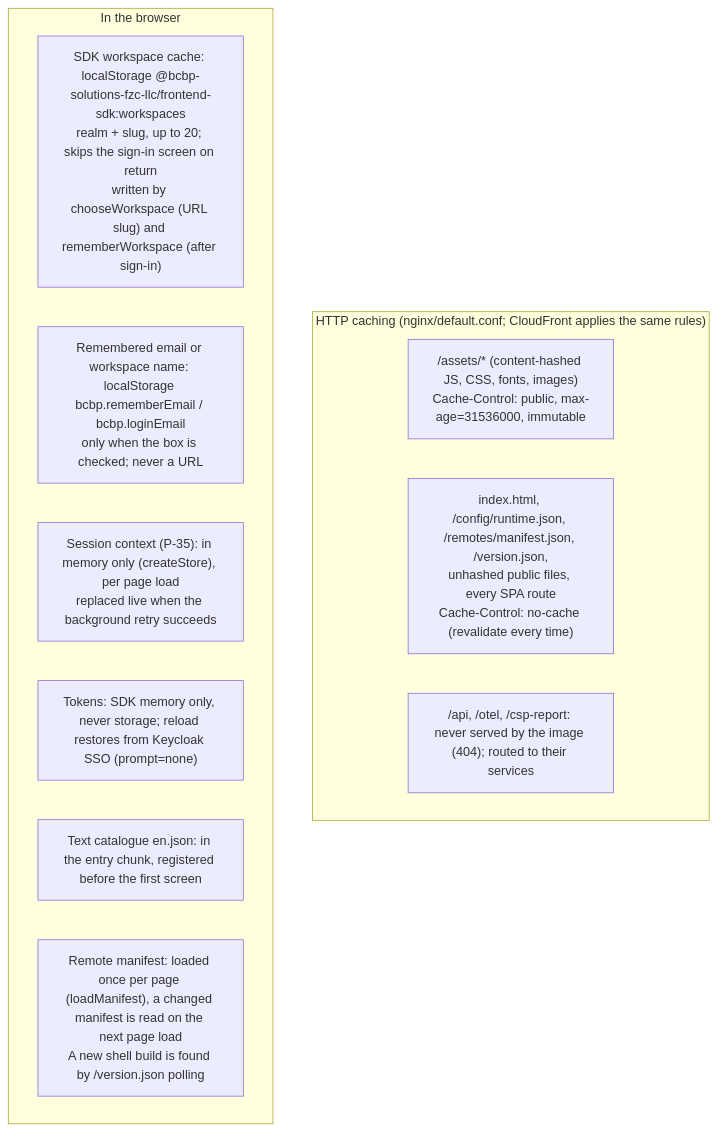
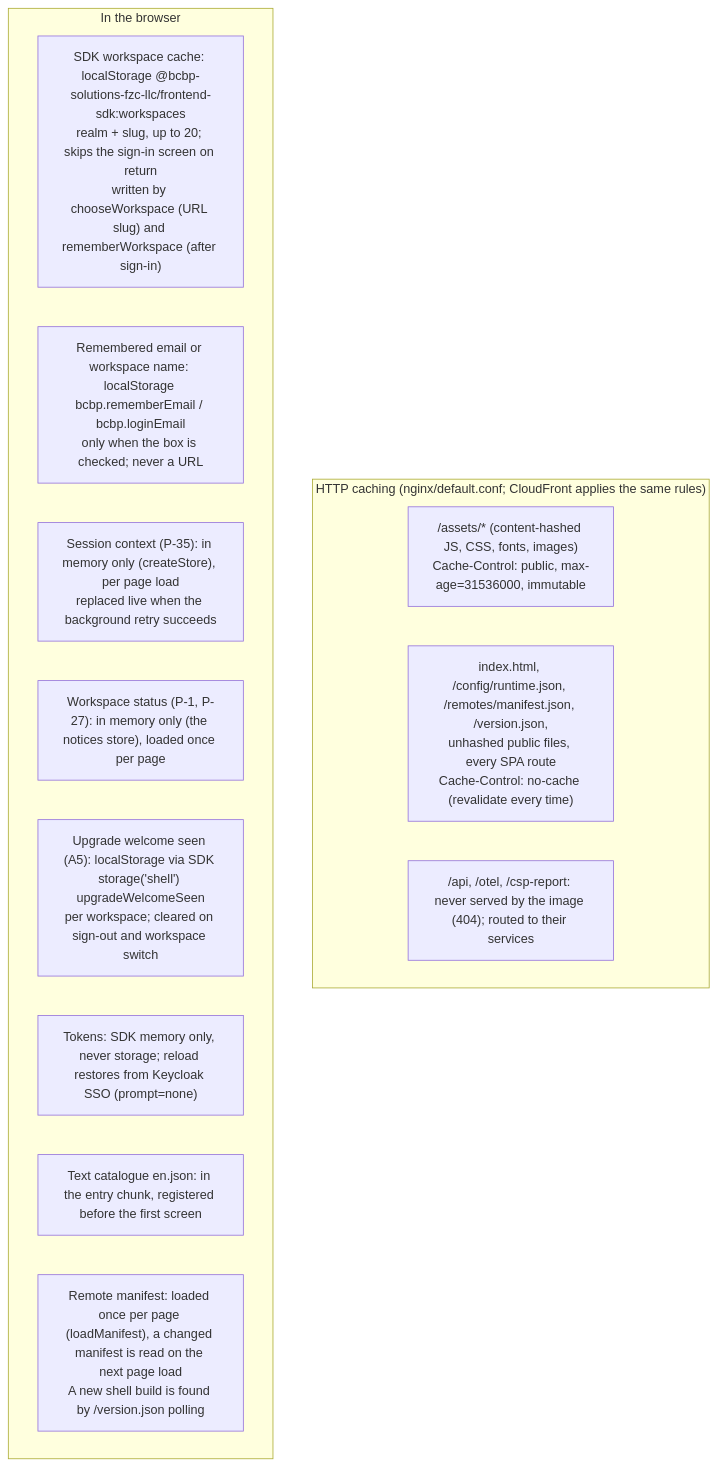
Before and after one commit to BCBP-SOLUTIONS-FZC-LLC/web-shell: the diagram in docs/architecture/mermaid/cache-strategy.mmd, drawn with Mermaid. The commit also changed 43 other files, not shown here.

First line of the commit message:
Show the workspace's banners, the read-only end date and the upgrade welcome from IAM P-1 and P-27 (IAM spec §5.6, A5) (#77)

```diff
--- a/docs/architecture/mermaid/cache-strategy.mmd
+++ b/docs/architecture/mermaid/cache-strategy.mmd
@@ -1,14 +1,16 @@
 flowchart TD
     subgraph http["HTTP caching (nginx/default.conf; CloudFront applies the same rules)"]
         h1["/assets/* (content-hashed JS, CSS, fonts, images)\nCache-Control: public, max-age=31536000, immutable"]
         h2["index.html, /config/runtime.json, /remotes/manifest.json, /version.json,\nunhashed public files, every SPA route\nCache-Control: no-cache (revalidate every time)"]
         h3["/api, /otel, /csp-report: never served by the image (404); routed to their services"]
     end
     subgraph browser["In the browser"]
         b1["SDK workspace cache: localStorage @bcbp-solutions-fzc-llc/frontend-sdk:workspaces\nrealm + slug, up to 20; skips the sign-in screen on return\nwritten by chooseWorkspace (URL slug) and rememberWorkspace (after sign-in)"]
         b2["Remembered email or workspace name: localStorage bcbp.rememberEmail / bcbp.loginEmail\nonly when the box is checked; never a URL"]
         b3["Session context (P-35): in memory only (createStore), per page load\nreplaced live when the background retry succeeds"]
+        b7["Workspace status (P-1, P-27): in memory only (the notices store), loaded once per page"]
+        b8["Upgrade welcome seen (A5): localStorage via SDK storage('shell') upgradeWelcomeSeen\nper workspace; cleared on sign-out and workspace switch"]
         b4["Tokens: SDK memory only, never storage; reload restores from Keycloak SSO (prompt=none)"]
         b5["Text catalogue en.json: in the entry chunk, registered before the first screen"]
         b6["Remote manifest: loaded once per page (loadManifest), a changed manifest is read on the next page load\nA new shell build is found by /version.json polling"]
     end
```
